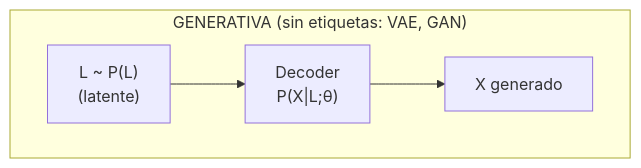
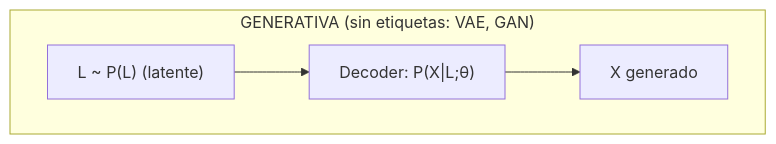
Before and after one commit to KarolCisneros/ia_p26: the fifth of 9 diagrams in clase/08_prediccion/04_arquitectura_y_supuestos.md, drawn with Mermaid. The commit also changed other lines of this file and 16 other files, not shown here.

````diff
--- a/clase/08_prediccion/04_arquitectura_y_supuestos.md
+++ b/clase/08_prediccion/04_arquitectura_y_supuestos.md
@@ -115,7 +117,7 @@
 ```mermaid
 flowchart LR
     subgraph GEN_NOLABEL ["GENERATIVA (sin etiquetas: VAE, GAN)"]
         direction LR
-        L_G["L ~ P(L)<br/>(latente)"] --> DEC["Decoder<br/>P(X|L;θ)"] --> XG["X generado"]
+        L_G["L ~ P(L) (latente)"] --> DEC["Decoder: P(X|L;θ)"] --> XG["X generado"]
     end
 ```
````
